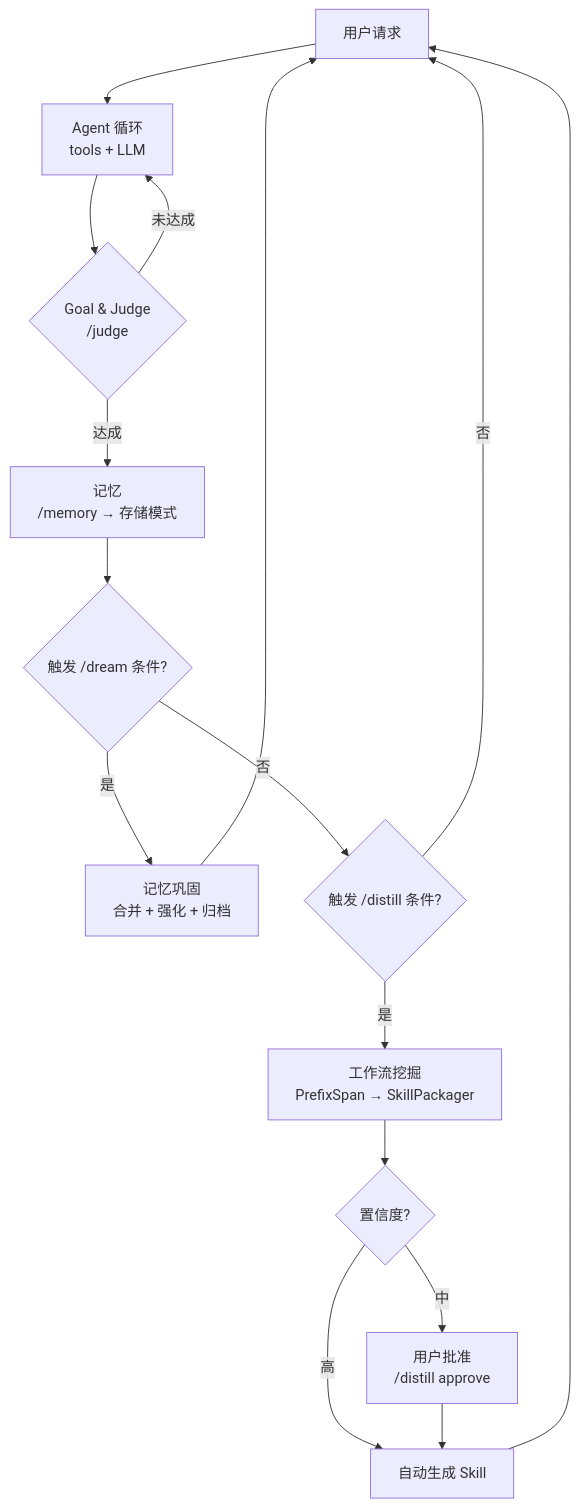
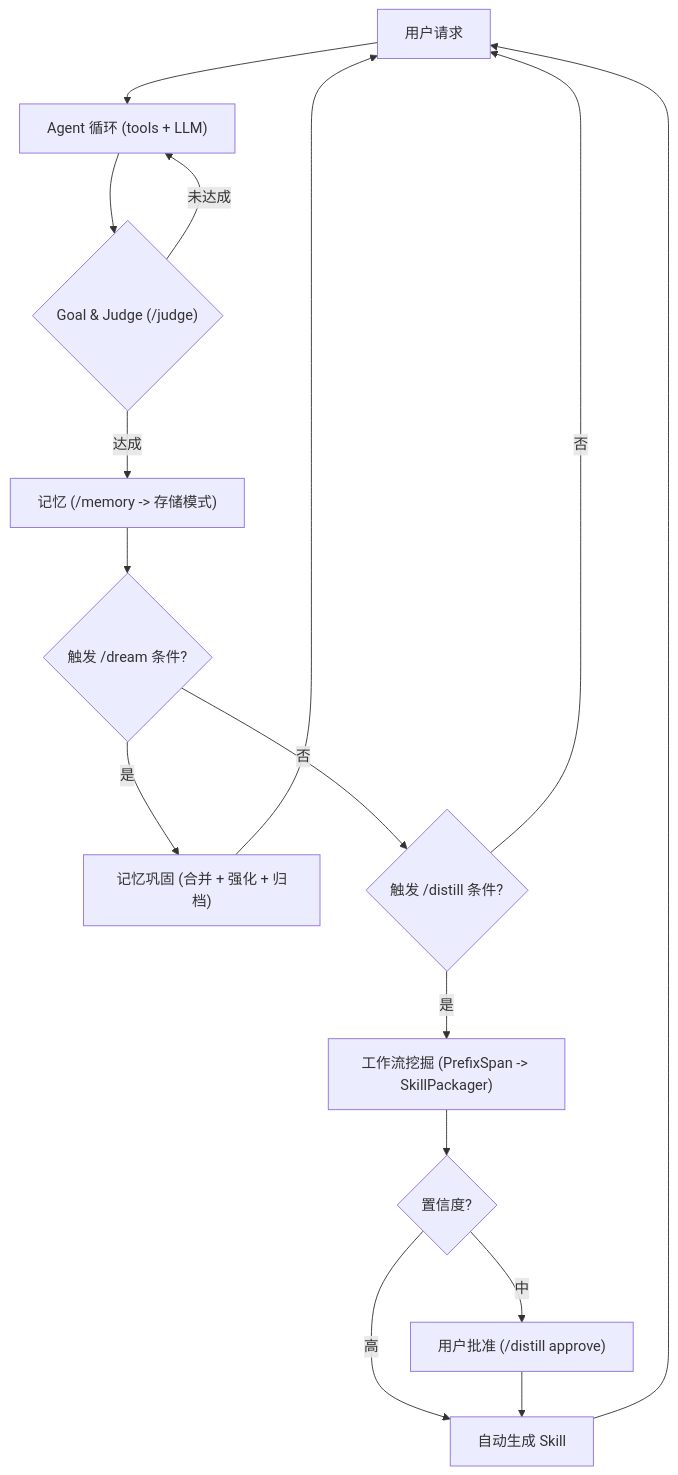
One commit to Omitze/Axiom changed the diagram in README_CN.md. Above: the diagram before and after it, drawn with Mermaid. The commit also changed 1 other file, not shown here.

````diff
--- a/README_CN.md
+++ b/README_CN.md
@@ -67,18 +67,18 @@
 ```mermaid
 flowchart TD
-    A[用户请求] --> B[Agent 循环<br/>tools + LLM]
-    B --> C{Goal & Judge<br/>/judge}
-    C -- 未达成 --> B
-    C -- 达成 --> D[记忆<br/>/memory → 存储模式]
-    D --> E{触发 /dream 条件?}
-    E -- 是 --> F[记忆巩固<br/>合并 + 强化 + 归档]
-    E -- 否 --> G{触发 /distill 条件?}
-    G -- 是 --> H[工作流挖掘<br/>PrefixSpan → SkillPackager]
-    G -- 否 --> A
-    H --> I{置信度?}
-    I -- 高 --> J[自动生成 Skill]
-    I -- 中 --> K[用户批准<br/>/distill approve]
+    A["用户请求"] --> B["Agent 循环 (tools + LLM)"]
+    B --> C{"Goal & Judge (/judge)"}
+    C -- "未达成" --> B
+    C -- "达成" --> D["记忆 (/memory -> 存储模式)"]
+    D --> E{"触发 /dream 条件?"}
+    E -- "是" --> F["记忆巩固 (合并 + 强化 + 归档)"]
+    E -- "否" --> G{"触发 /distill 条件?"}
+    G -- "是" --> H["工作流挖掘 (PrefixSpan -> SkillPackager)"]
+    G -- "否" --> A
+    H --> I{"置信度?"}
+    I -- "高" --> J["自动生成 Skill"]
+    I -- "中" --> K["用户批准 (/distill approve)"]
     K --> J
     J --> A
     F --> A
 ```
````
